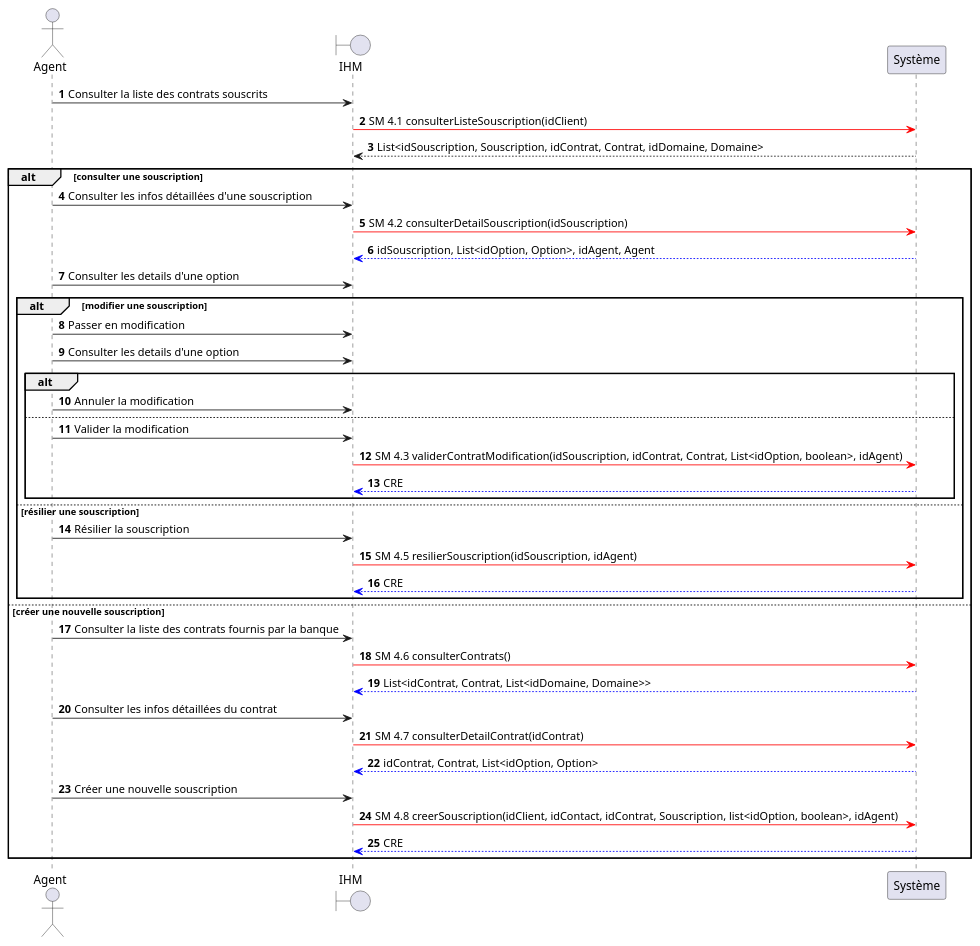
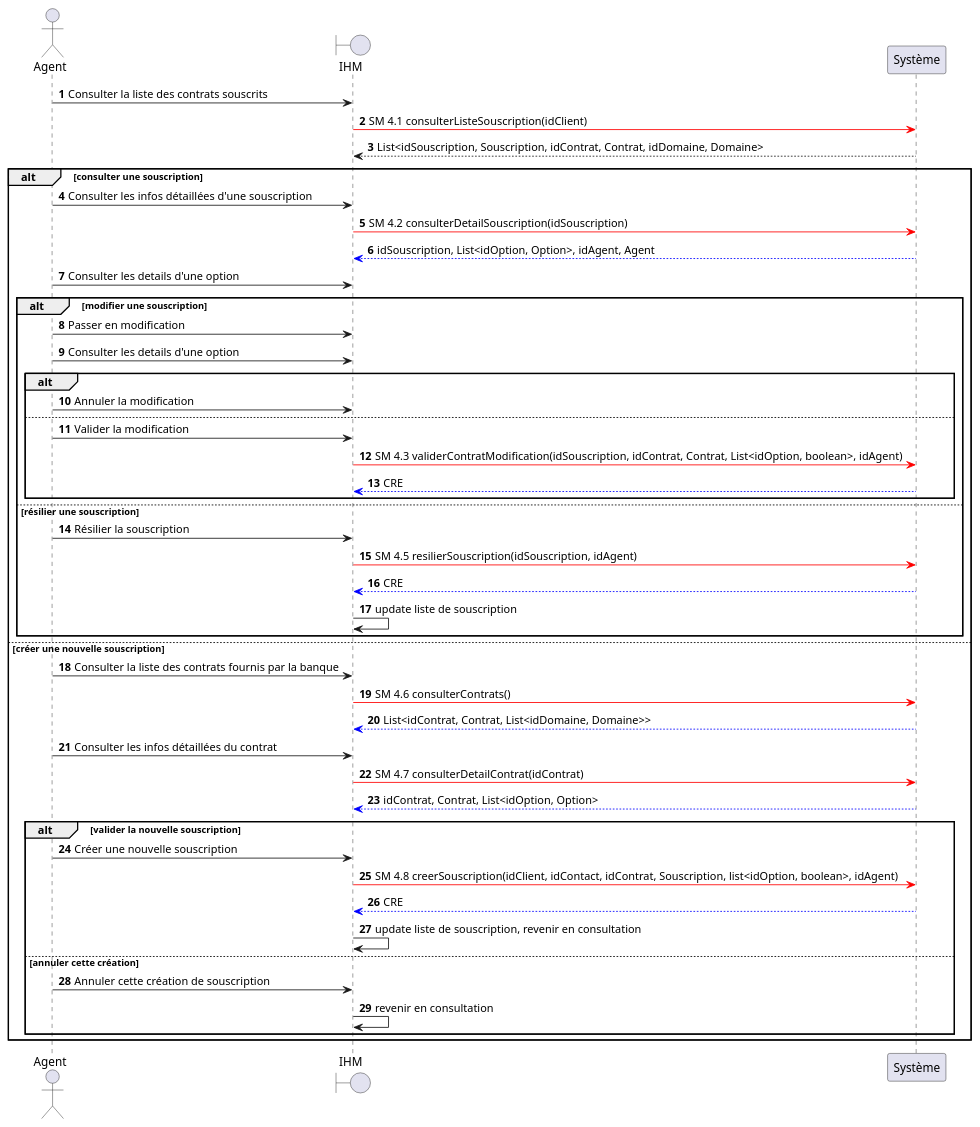
One commit to HZjiadong/PLD-MARS changed the diagram in src/documentation/CU4_DSS.puml. Above: the diagram before and after it, drawn with PlantUML. The commit also changed 1 other file, not shown here.

Commit message:
fix(CU4): add cancellation of nouvelle souscription

```diff
--- a/src/documentation/CU4_DSS.puml
+++ b/src/documentation/CU4_DSS.puml
@@ -1,42 +1,49 @@
 @startuml
 actor Agent
 boundary IHM
 autonumber
 Agent -> IHM : Consulter la liste des contrats souscrits
 IHM -[#red]> Système : SM 4.1 consulterListeSouscription(idClient)
 Système --> IHM : List<idSouscription, Souscription, idContrat, Contrat, idDomaine, Domaine>
 
 alt consulter une souscription
     Agent -> IHM : Consulter les infos détaillées d'une souscription
     IHM -[#red]> Système : SM 4.2 consulterDetailSouscription(idSouscription)
     Système -[#0000FF]-> IHM : idSouscription, List<idOption, Option>, idAgent, Agent
     Agent -> IHM : Consulter les details d'une option
     alt modifier une souscription
     Agent -> IHM : Passer en modification
     Agent -> IHM : Consulter les details d'une option
         alt
         Agent -> IHM : Annuler la modification
         else
         Agent -> IHM : Valider la modification
         IHM -[#red]> Système : SM 4.3 validerContratModification(idSouscription, idContrat, Contrat, List<idOption, boolean>, idAgent)
         Système -[#0000FF]-> IHM : CRE
         end
     else résilier une souscription
     Agent -> IHM : Résilier la souscription
     IHM -[#red]> Système : SM 4.5 resilierSouscription(idSouscription, idAgent)
     Système -[#0000FF]-> IHM : CRE
+    IHM -> IHM : update liste de souscription
     end
 else créer une nouvelle souscription
     Agent -> IHM : Consulter la liste des contrats fournis par la banque
     IHM -[#red]> Système : SM 4.6 consulterContrats()
     Système -[#0000FF]-> IHM : List<idContrat, Contrat, List<idDomaine, Domaine>>
 
     Agent -> IHM : Consulter les infos détaillées du contrat
     IHM -[#red]> Système : SM 4.7 consulterDetailContrat(idContrat)
     Système -[#0000FF]-> IHM : idContrat, Contrat, List<idOption, Option>
 
-    Agent -> IHM : Créer une nouvelle souscription
-    IHM -[#red]> Système : SM 4.8 creerSouscription(idClient, idContact, idContrat, Souscription, list<idOption, boolean>, idAgent)
-    Système -[#0000FF]-> IHM : CRE
+        alt valider la nouvelle souscription
+        Agent -> IHM : Créer une nouvelle souscription
+        IHM -[#red]> Système : SM 4.8 creerSouscription(idClient, idContact, idContrat, Souscription, list<idOption, boolean>, idAgent)
+        Système -[#0000FF]-> IHM : CRE
+        IHM -> IHM : update liste de souscription, revenir en consultation
+        else annuler cette création
+        Agent -> IHM : Annuler cette création de souscription
+        IHM -> IHM : revenir en consultation
+        end
 end
 @enduml
```
